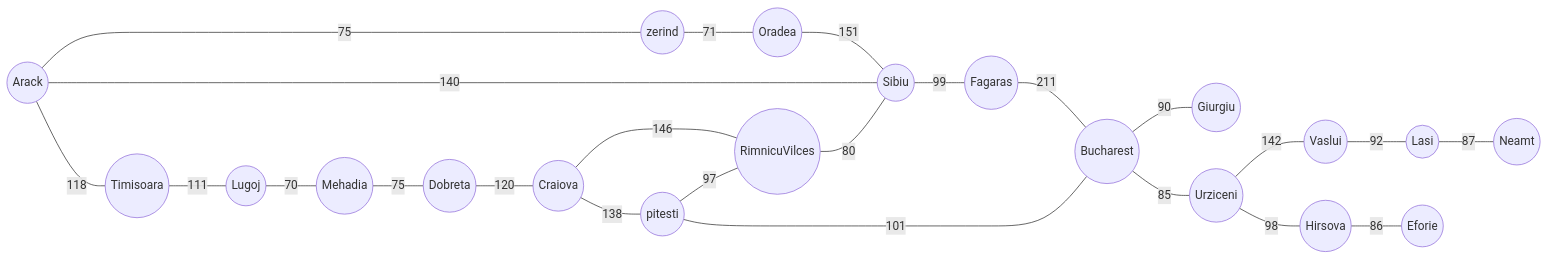
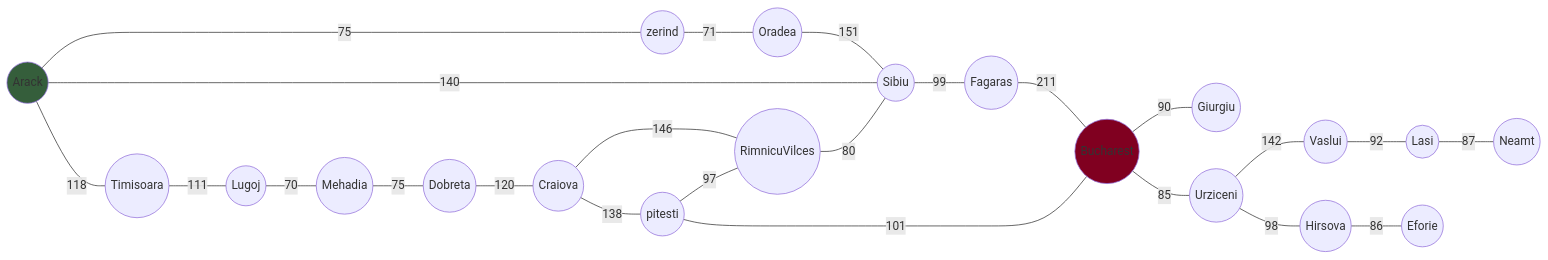
The diagram in Semester 3-1/Artificial Inteligence/README.md (whereisfarukk/Studymaterial), drawn with Mermaid before and after one commit.

````diff
--- a/Semester 3-1/Artificial Inteligence/README.md
+++ b/Semester 3-1/Artificial Inteligence/README.md
@@ -1,39 +1,41 @@
 ```mermaid
 flowchart LR;
 1((Arack))
 2((zerind))
 3((Oradea))
 4((Sibiu))
 5((Timisoara))
 6((Lugoj))
 7((Mehadia))
 8((Dobreta))
 9((Craiova))
 10((RimnicuVilces))
 11((pitesti))
 12((Fagaras))
 13((Bucharest))
 14((Giurgiu))
 15((Urziceni))
 16((Vaslui))
 17((Lasi))
 18((Neamt))
 19((Hirsova))
 20((Eforie))
+style 1 fill:#355E3B
+style 13 fill:#800020
 1-- 75 ---2
 2-- 71 ---3
 3--151---4
 1--118---5--111---6--70---7--75---8--120---9
 1--140---4
 9--146---10--80---4
 9--138---11--97---10
 4--99---12
 12--211---13
 11--101---13
 13--90---14
 13--85---15
 15--142---16--92---17--87---18
 15--98---19--86---20
 
 
 ```
````
